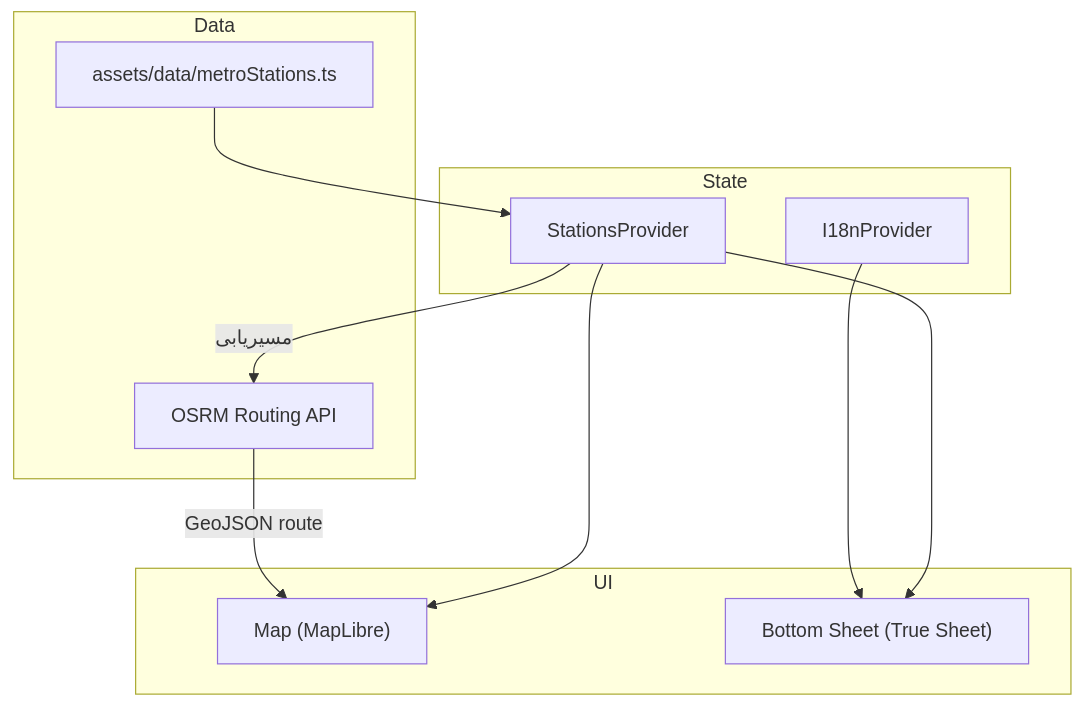
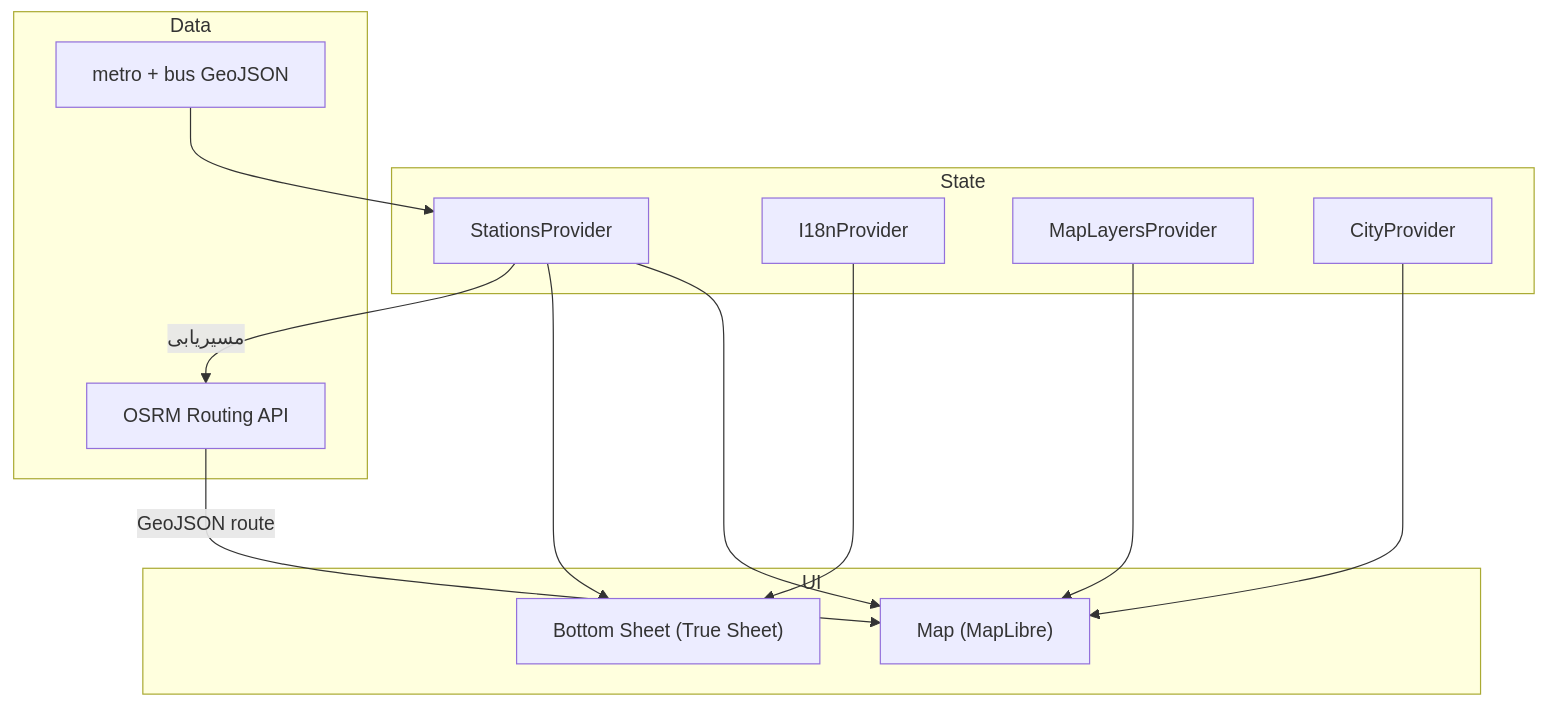
One commit to MohsenDastaran/istgah-rn changed the first of 2 diagrams in README.md. Above: the diagram before and after it, drawn with Mermaid. The commit also changed other lines of this file and 4 other files, not shown here.

````diff
--- a/README.md
+++ b/README.md
@@ -145,24 +153,28 @@
 ```mermaid
 flowchart TB
     subgraph UI
         Map["Map (MapLibre)"]
         Sheet["Bottom Sheet (True Sheet)"]
     end
 
     subgraph State
         Ctx["StationsProvider"]
         I18n["I18nProvider"]
+        Layers["MapLayersProvider"]
+        City["CityProvider"]
     end
 
     subgraph Data
-        Stations["assets/data/metroStations.ts"]
+        Stations["metro + bus GeoJSON"]
         OSRM["OSRM Routing API"]
     end
 
     Stations --> Ctx
+    City --> Map
+    Layers --> Map
     Ctx --> Map
     Ctx --> Sheet
     I18n --> Sheet
     Ctx -->|مسیریابی| OSRM
     OSRM -->|GeoJSON route| Map
 ```
````
